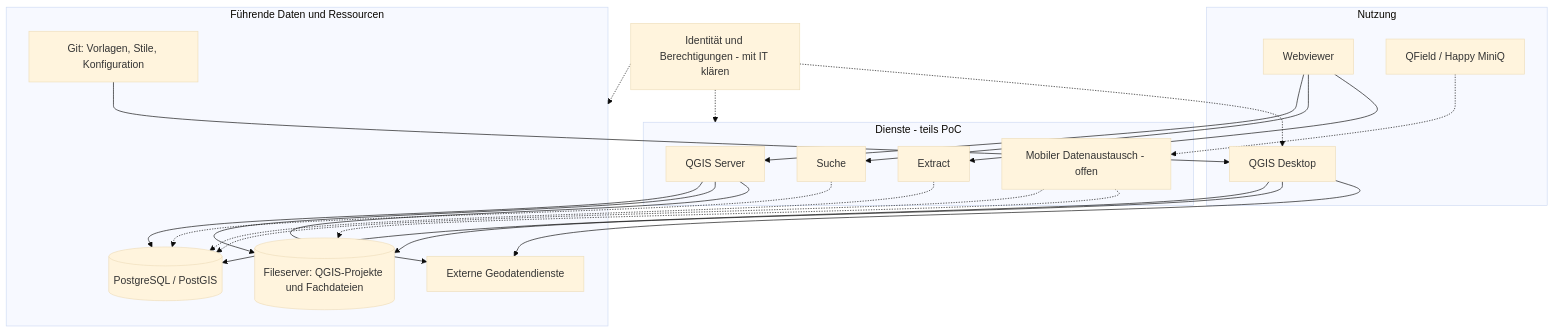
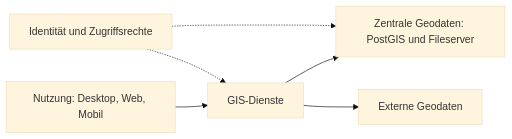
One commit to JoergHippe/VIC-GDI changed the diagram in docs/ARCHITEKTUR.md. Above: the diagram before and after it, drawn with Mermaid (base theme). The commit also changed other lines of this file, not shown here.

Commit message:
docs: vereinfache Diagramm auf wesentliche Prozess- und Architekturbausteine

````diff
--- a/docs/ARCHITEKTUR.md
+++ b/docs/ARCHITEKTUR.md
@@ -18,39 +18,13 @@
 ```mermaid
-flowchart TB
-  subgraph Clients["Nutzung"]
-    Desktop["QGIS Desktop"]
-    Browser["Webviewer"]
-    Mobile["QField / Happy MiniQ"]
-  end
-  subgraph Services["Dienste - teils PoC"]
-    Map["QGIS Server"]
-    Search["Suche"]
-    Extract["Extract"]
-    MobileSync["Mobiler Datenaustausch - offen"]
-  end
-  subgraph Data["Führende Daten und Ressourcen"]
-    DB[("PostgreSQL / PostGIS")]
-    Files[("Fileserver: QGIS-Projekte und Fachdateien")]
-    External["Externe Geodatendienste"]
-    Shared["Git: Vorlagen, Stile, Konfiguration"]
-  end
-  Identity["Identität und Berechtigungen - mit IT klären"]
-  Desktop --> DB
-  Desktop --> Files
-  Desktop --> External
-  Shared --> Desktop
-  Browser --> Map
-  Browser --> Search
-  Browser --> Extract
-  Map --> DB
-  Map --> Files
-  Map --> External
-  Search -.-> DB
-  Extract -.-> DB
-  Mobile -.-> MobileSync
-  MobileSync -.-> DB
-  MobileSync -.-> Files
-  Identity -.-> Desktop
-  Identity -.-> Services
-  Identity -.-> Data
+flowchart LR
+  Users["Nutzung: Desktop, Web, Mobil"]
+  Services["GIS-Dienste"]
+  Data["Zentrale Geodaten: PostGIS und Fileserver"]
+  External["Externe Geodaten"]
+  Rules["Identität und Zugriffsrechte"]
+  Users --> Services
+  Services --> Data
+  Services --> External
+  Rules -.-> Services
+  Rules -.-> Data
 ```
````
